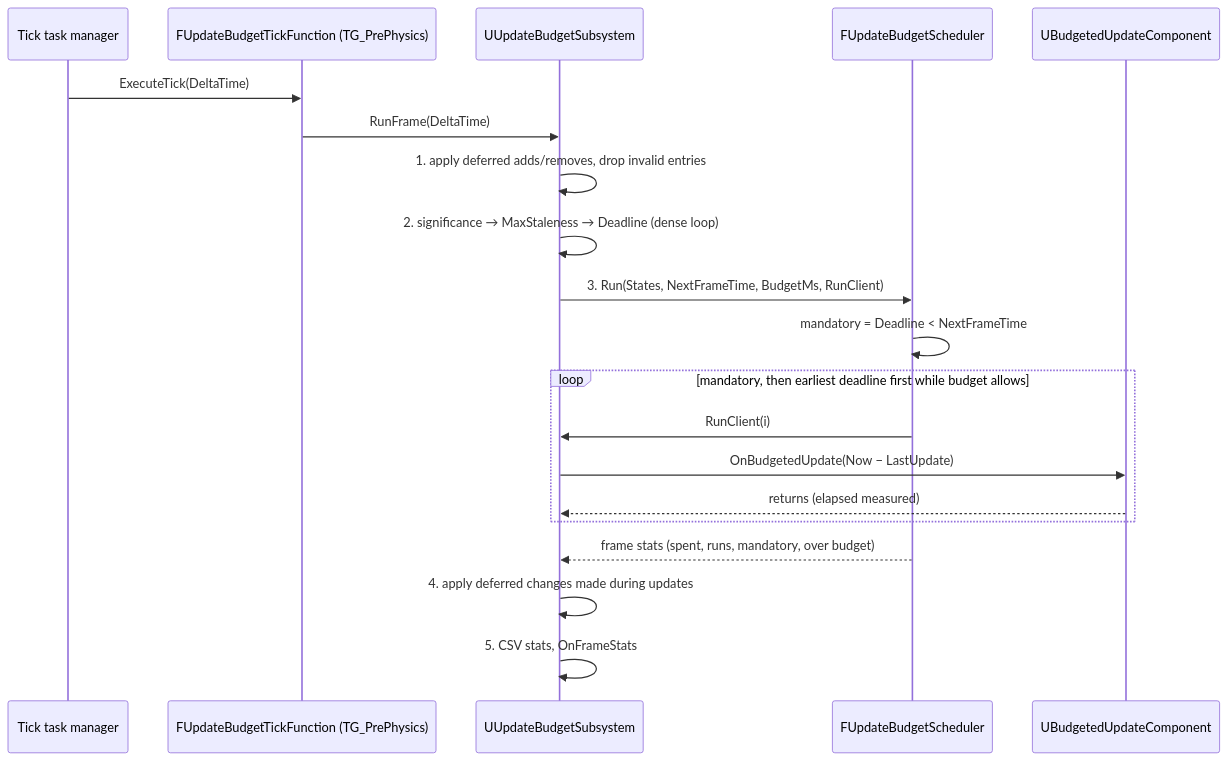
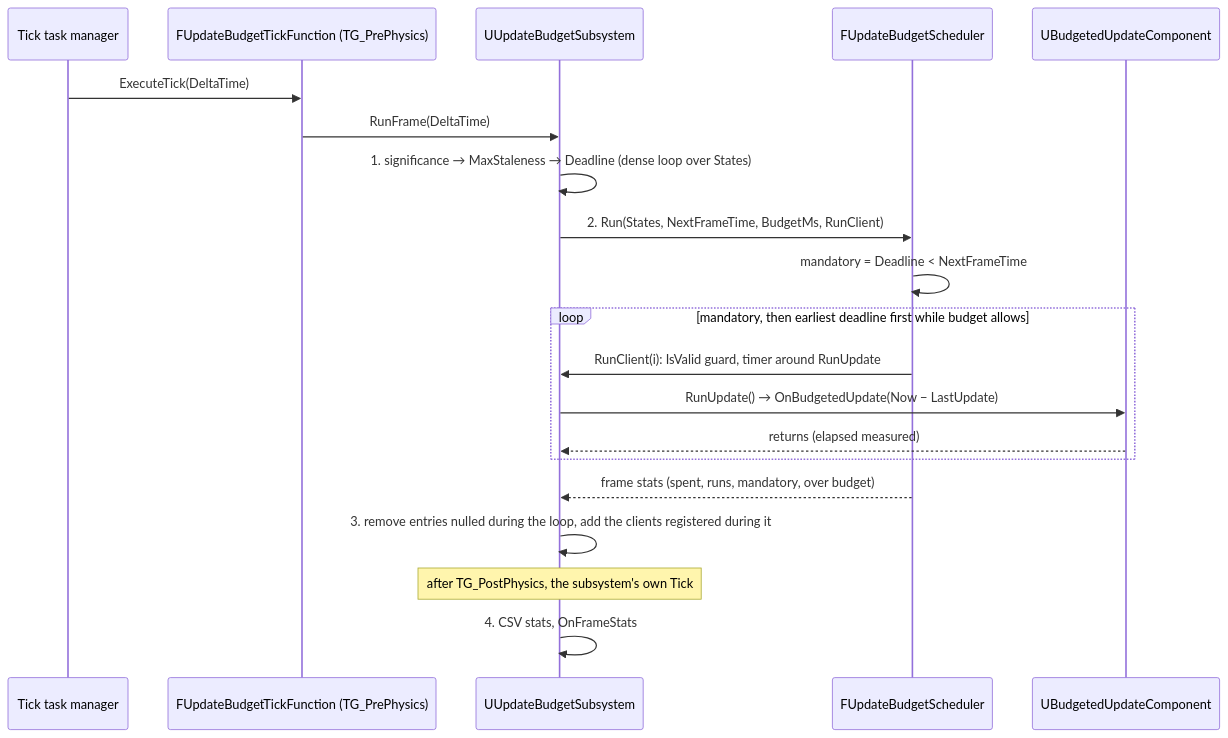
One commit to KrishGangani/UE5-UpdateBudget changed the second of 2 diagrams in Explanation/02_System_Architecture.md. Above: the diagram before and after it, drawn with Mermaid. The commit also changed other lines of this file and 20 other files, not shown here.

First line of the commit message:
P01 S5: tick function, registry and budgeted path

````diff
--- a/Explanation/02_System_Architecture.md
+++ b/Explanation/02_System_Architecture.md
@@ -142,22 +142,22 @@
 ```mermaid
 sequenceDiagram
   participant TT as Tick task manager
   participant TF as FUpdateBudgetTickFunction (TG_PrePhysics)
   participant S as UUpdateBudgetSubsystem
   participant P as FUpdateBudgetScheduler
   participant C as UBudgetedUpdateComponent
   TT->>TF: ExecuteTick(DeltaTime)
   TF->>S: RunFrame(DeltaTime)
-  S->>S: 1. apply deferred adds/removes, drop invalid entries
-  S->>S: 2. significance → MaxStaleness → Deadline (dense loop)
-  S->>P: 3. Run(States, NextFrameTime, BudgetMs, RunClient)
+  S->>S: 1. significance → MaxStaleness → Deadline (dense loop over States)
+  S->>P: 2. Run(States, NextFrameTime, BudgetMs, RunClient)
   P->>P: mandatory = Deadline < NextFrameTime
   loop mandatory, then earliest deadline first while budget allows
-    P->>S: RunClient(i)
-    S->>C: OnBudgetedUpdate(Now − LastUpdate)
+    P->>S: RunClient(i): IsValid guard, timer around RunUpdate
+    S->>C: RunUpdate() → OnBudgetedUpdate(Now − LastUpdate)
     C-->>S: returns (elapsed measured)
   end
   P-->>S: frame stats (spent, runs, mandatory, over budget)
-  S->>S: 4. apply deferred changes made during updates
-  S->>S: 5. CSV stats, OnFrameStats
+  S->>S: 3. remove entries nulled during the loop, add the clients registered during it
+  Note over S: after TG_PostPhysics, the subsystem's own Tick
+  S->>S: 4. CSV stats, OnFrameStats
 ```
````
